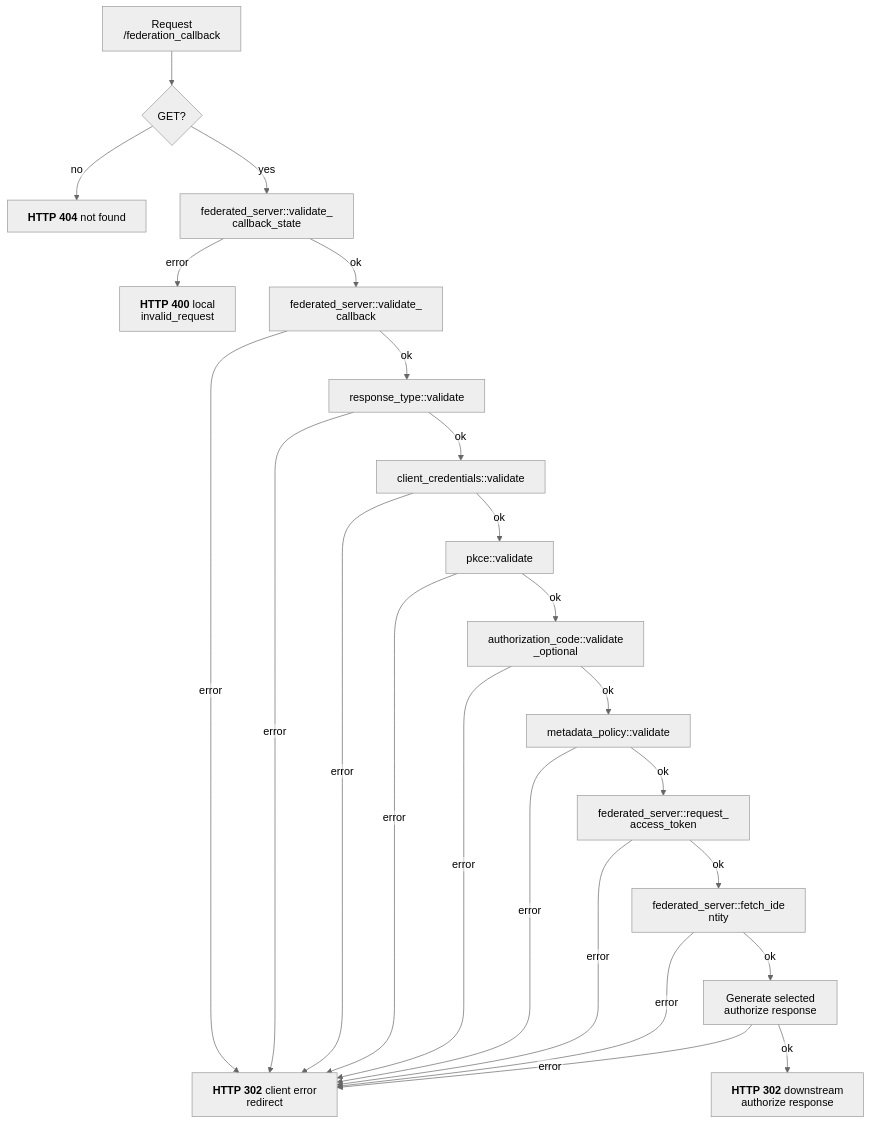
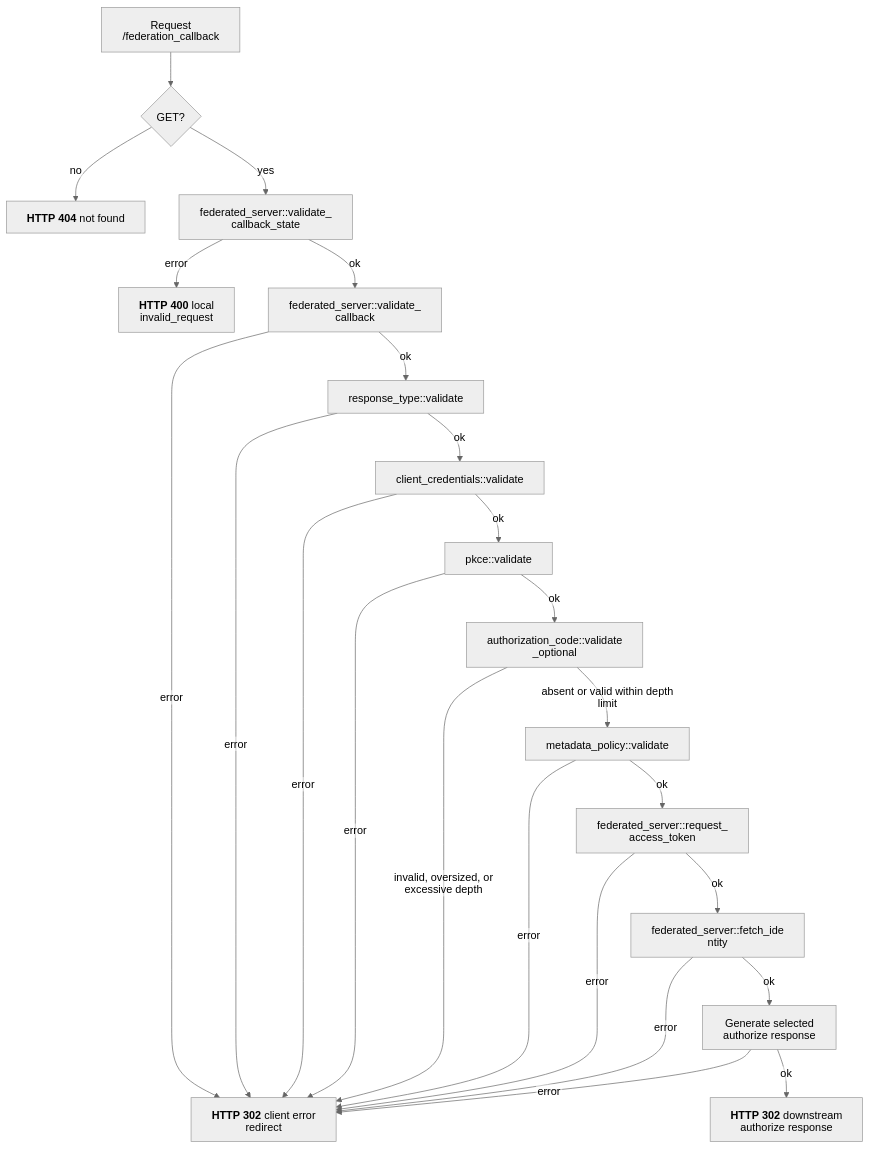
The diagram in docs/flows/oauth/federation_callback.mmd (malach-it/kagome), drawn with Mermaid (neutral theme) before and after one commit. The commit also changed 25 other files, not shown here.

```diff
--- a/docs/flows/oauth/federation_callback.mmd
+++ b/docs/flows/oauth/federation_callback.mmd
@@ -1,25 +1,25 @@
 %%{init: {"htmlLabels": false, "flowchart": {"htmlLabels": false}}}%%
 flowchart TD
     start[Request /federation_callback] --> method{GET?}
     method -- no --> not_found["`**HTTP 404** not found`"]
     method -- yes --> state["federated_server::validate_callback_state"]
     state -- error --> invalid_state["`**HTTP 400** local invalid_request`"]
     state -- ok --> callback["federated_server::validate_callback"]
     callback -- error --> redirect_error["`**HTTP 302** client error redirect`"]
     callback -- ok --> response_type["response_type::validate"]
     response_type -- error --> redirect_error
     response_type -- ok --> client["client_credentials::validate"]
     client -- error --> redirect_error
     client -- ok --> pkce["pkce::validate"]
     pkce -- error --> redirect_error
     pkce -- ok --> code["authorization_code::validate_optional"]
-    code -- error --> redirect_error
-    code -- ok --> policy["metadata_policy::validate"]
+    code -- invalid, oversized, or excessive depth --> redirect_error
+    code -- absent or valid within depth limit --> policy["metadata_policy::validate"]
     policy -- error --> redirect_error
     policy -- ok --> token["federated_server::request_access_token"]
     token -- error --> redirect_error
     token -- ok --> identity["federated_server::fetch_identity"]
     identity -- error --> redirect_error
     identity -- ok --> generate[Generate selected authorize response]
     generate -- error --> redirect_error
     generate -- ok --> accepted["`**HTTP 302** downstream authorize response`"]
```
